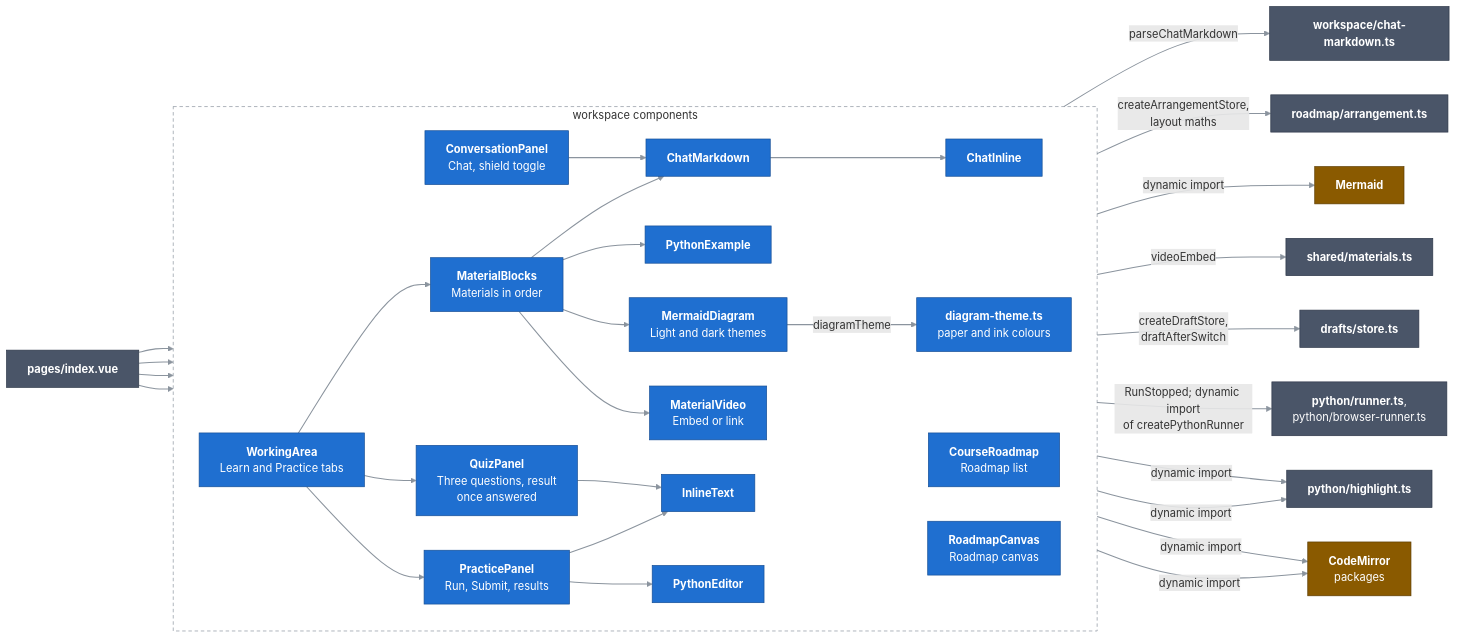
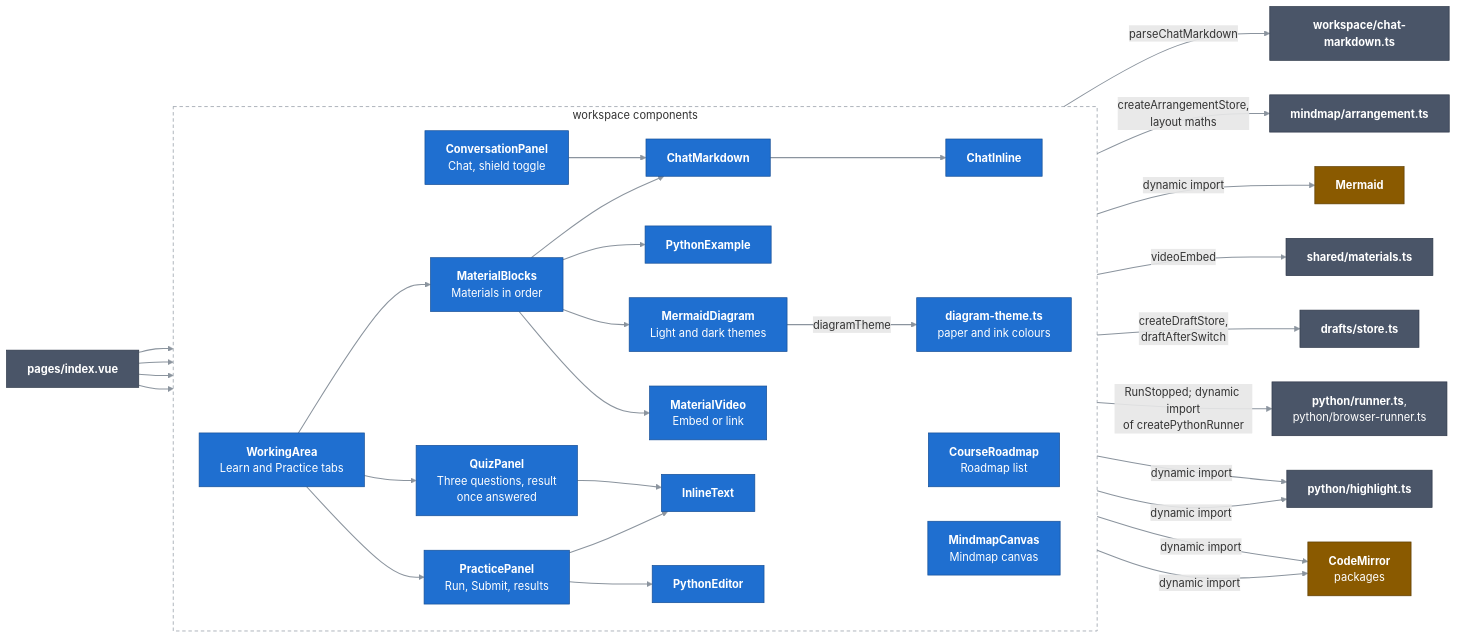
One commit to Bill2926/COS40005_HN9_Verifiable_Co-Learner_Agent changed the diagram in docs/c4/03-components/web-app/02-workspace-components.md. Above: the diagram before and after it, drawn with Mermaid. The commit also changed other lines of this file and 29 other files, not shown here.

Commit message:
Complete the Mindmap workspace layout

````diff
--- a/docs/c4/03-components/web-app/02-workspace-components.md
+++ b/docs/c4/03-components/web-app/02-workspace-components.md
@@ -11,67 +11,67 @@
 ```mermaid
 flowchart LR
   classDef comp fill:#1f6fd0,stroke:#164f96,color:#ffffff
   classDef near fill:#4a5568,stroke:#2d3748,color:#ffffff
   classDef ext fill:#8a5a00,stroke:#5c3c00,color:#ffffff
   linkStyle default stroke:#8b949e,stroke-width:1.5px
 
   index["<b>pages/index.vue</b>"]:::near
 
   subgraph ws["workspace components"]
     direction LR
     conv["<b>ConversationPanel</b><br/>Chat, shield toggle"]:::comp
     cm["<b>ChatMarkdown</b>"]:::comp
     ci["<b>ChatInline</b>"]:::comp
     cr["<b>CourseRoadmap</b><br/>Roadmap list"]:::comp
-    rc["<b>RoadmapCanvas</b><br/>Roadmap canvas"]:::comp
+    rc["<b>MindmapCanvas</b><br/>Mindmap canvas"]:::comp
     wa["<b>WorkingArea</b><br/>Learn and Practice tabs"]:::comp
     mb["<b>MaterialBlocks</b><br/>Materials in order"]:::comp
     mv["<b>MaterialVideo</b><br/>Embed or link"]:::comp
     mdg["<b>MermaidDiagram</b><br/>Light and dark themes"]:::comp
     theme["<b>diagram-theme.ts</b><br/>paper and ink colours"]:::comp
     qz["<b>QuizPanel</b><br/>Three questions, result<br/>once answered"]:::comp
     pp["<b>PracticePanel</b><br/>Run, Submit, results"]:::comp
     pe["<b>PythonEditor</b>"]:::comp
     px["<b>PythonExample</b>"]:::comp
     it["<b>InlineText</b>"]:::comp
   end
 
   chatmd["<b>workspace/chat-markdown.ts</b>"]:::near
   mats["<b>shared/materials.ts</b>"]:::near
   mermaidPkg["<b>Mermaid</b>"]:::ext
-  arr["<b>roadmap/arrangement.ts</b>"]:::near
+  arr["<b>mindmap/arrangement.ts</b>"]:::near
   drafts["<b>drafts/store.ts</b>"]:::near
   runner["<b>python/runner.ts</b>,<br/>python/browser-runner.ts"]:::near
   hl["<b>python/highlight.ts</b>"]:::near
   cmpkg["<b>CodeMirror</b><br/>packages"]:::ext
 
   index --> conv
   index --> cr
   index --> rc
   index --> wa
   conv --> cm
   cm --> ci
   cm -->|"parseChatMarkdown"| chatmd
   rc -->|"createArrangementStore,<br/>layout maths"| arr
   wa --> mb
   wa --> pp
   wa --> qz
   mb --> cm
   mb --> px
   mb --> mdg
   mb --> mv
   mdg -->|"diagramTheme"| theme
   mdg -->|"dynamic import"| mermaidPkg
   mv -->|"videoEmbed"| mats
   qz --> it
   pp --> pe
   pp --> it
   pp -->|"createDraftStore,<br/>draftAfterSwitch"| drafts
   pp -->|"RunStopped; dynamic import<br/>of createPythonRunner"| runner
   pe -->|"dynamic import"| hl
   px -->|"dynamic import"| hl
   pe -->|"dynamic import"| cmpkg
   px -->|"dynamic import"| cmpkg
 
   style ws fill:none,stroke:#8b949e,stroke-dasharray:5 4
 ```
````
